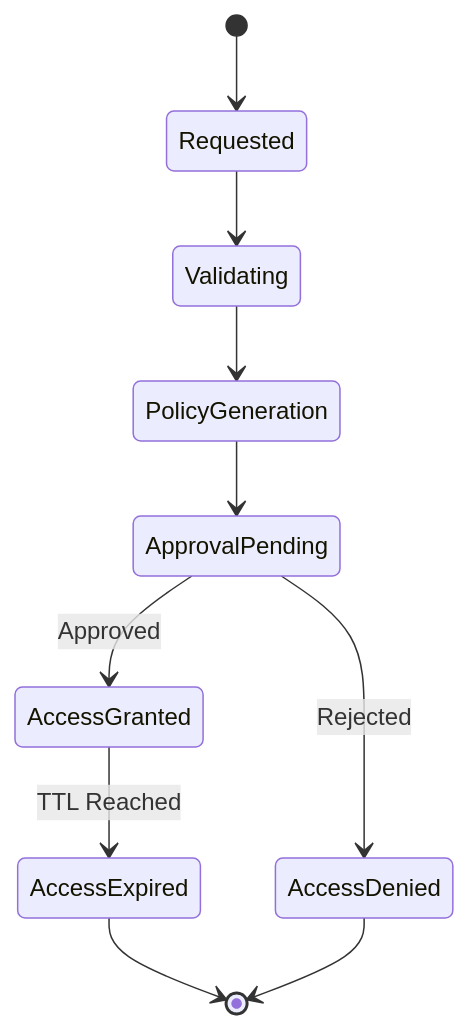
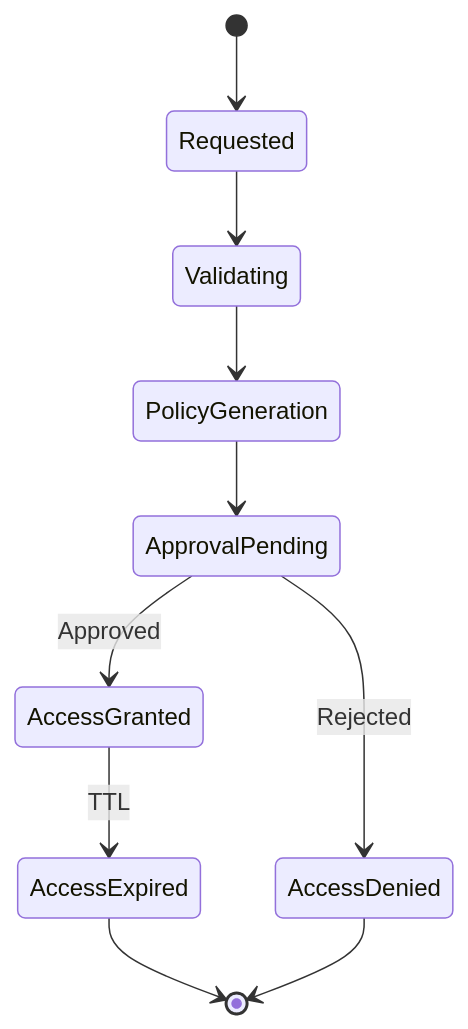
The fourth of 5 diagrams in jit-permissions-guardians/terraform/README.md (kubiyabot/terraform-modules), drawn with Mermaid before and after one commit. The commit also changed other lines of this file, not shown here.

````diff
--- a/jit-permissions-guardians/terraform/README.md
+++ b/jit-permissions-guardians/terraform/README.md
@@ -89,12 +87,12 @@
 ```mermaid
 stateDiagram-v2
     [*] --> Requested
     Requested --> Validating
     Validating --> PolicyGeneration
     PolicyGeneration --> ApprovalPending
     ApprovalPending --> AccessGranted: Approved
     ApprovalPending --> AccessDenied: Rejected
-    AccessGranted --> AccessExpired: TTL Reached
+    AccessGranted --> AccessExpired: TTL
     AccessExpired --> [*]
     AccessDenied --> [*]
 ```
````
